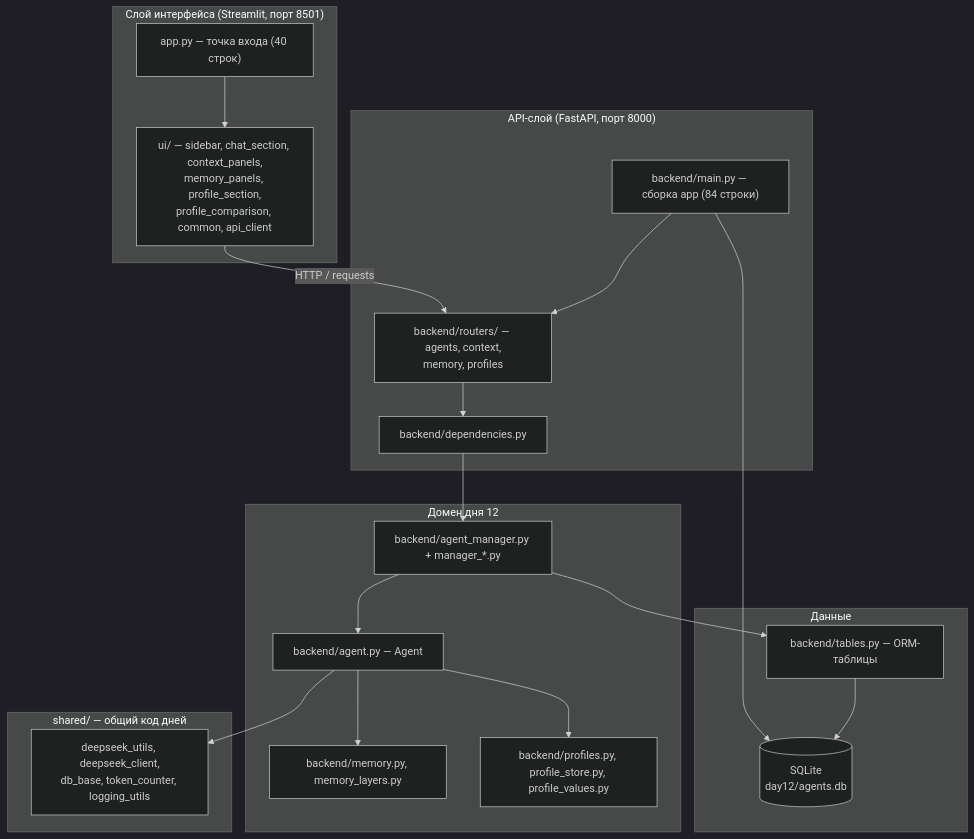
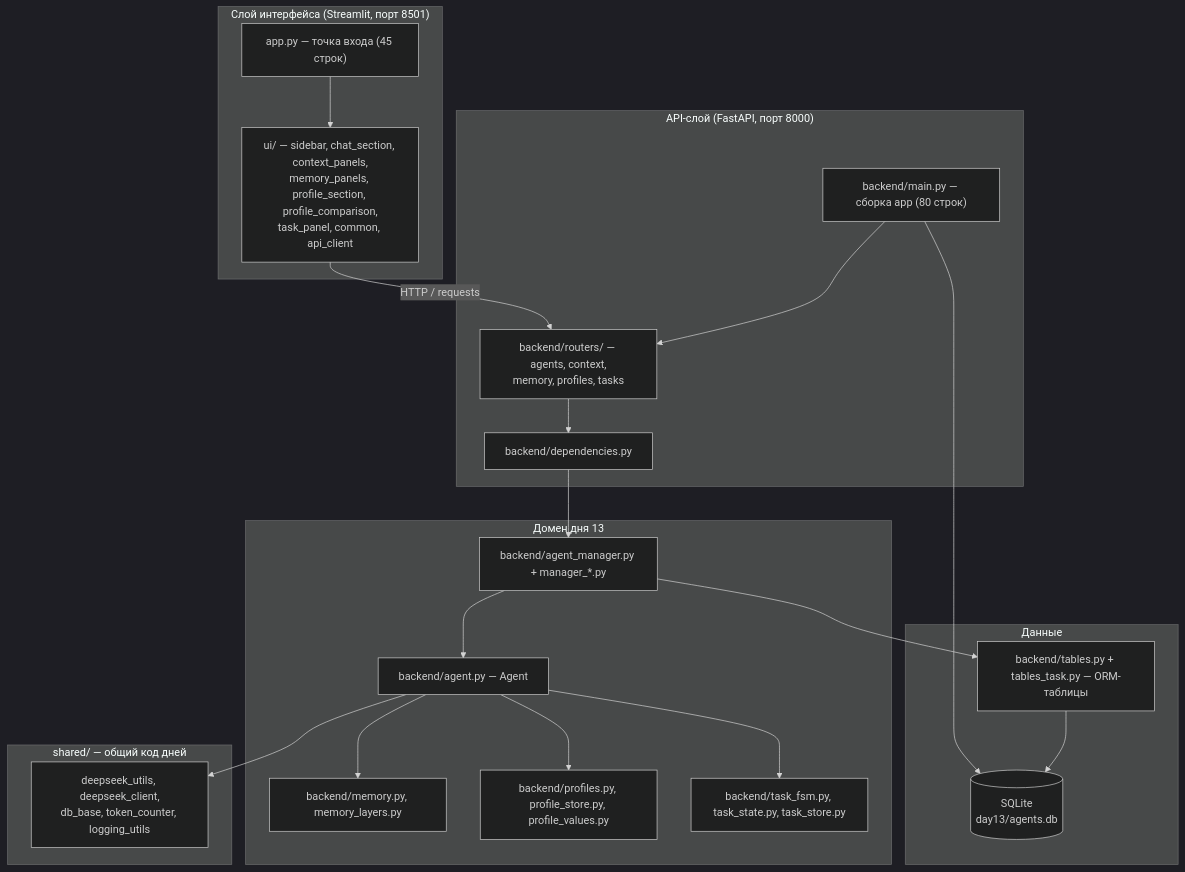
The diagram in docs/architecture.md (ilushkius/ai-advent-challenge), drawn with Mermaid (dark theme) before and after one commit. The commit also changed other lines of this file and 99 other files, not shown here.

````diff
--- a/docs/architecture.md
+++ b/docs/architecture.md
@@ -29,35 +32,37 @@
 ```mermaid
 flowchart TB
     subgraph L1["Слой интерфейса (Streamlit, порт 8501)"]
-        APP["app.py — точка входа (40 строк)"]
-        UI["ui/ — sidebar, chat_section, context_panels,<br/>memory_panels, profile_section,<br/>profile_comparison, common, api_client"]
+        APP["app.py — точка входа (45 строк)"]
+        UI["ui/ — sidebar, chat_section, context_panels,<br/>memory_panels, profile_section, profile_comparison,<br/>task_panel, common, api_client"]
         APP --> UI
     end
     subgraph L2["API-слой (FastAPI, порт 8000)"]
-        MAIN["backend/main.py — сборка app (84 строки)"]
-        ROUTERS["backend/routers/ — agents, context,<br/>memory, profiles"]
+        MAIN["backend/main.py — сборка app (80 строк)"]
+        ROUTERS["backend/routers/ — agents, context,<br/>memory, profiles, tasks"]
         DEPS["backend/dependencies.py"]
         MAIN --> ROUTERS --> DEPS
     end
-    subgraph L3["Домен дня 12"]
+    subgraph L3["Домен дня 13"]
         AG["backend/agent.py — Agent"]
         MG["backend/agent_manager.py + manager_*.py"]
         MEM["backend/memory.py, memory_layers.py"]
         PROF["backend/profiles.py, profile_store.py, profile_values.py"]
+        TASK["backend/task_fsm.py, task_state.py, task_store.py"]
     end
     subgraph L4["Данные"]
-        TAB["backend/tables.py — ORM-таблицы"]
-        DB[("SQLite<br/>day12/agents.db")]
+        TAB["backend/tables.py + tables_task.py — ORM-таблицы"]
+        DB[("SQLite<br/>day13/agents.db")]
         TAB --> DB
     end
     subgraph L5["shared/ — общий код дней"]
         SH["deepseek_utils, deepseek_client,<br/>db_base, token_counter, logging_utils"]
     end
     UI -->|HTTP / requests| ROUTERS
     DEPS --> MG --> AG
     AG --> MEM
     AG --> PROF
+    AG --> TASK
     AG --> SH
     MG --> TAB
     MAIN --> DB
 ```
````
